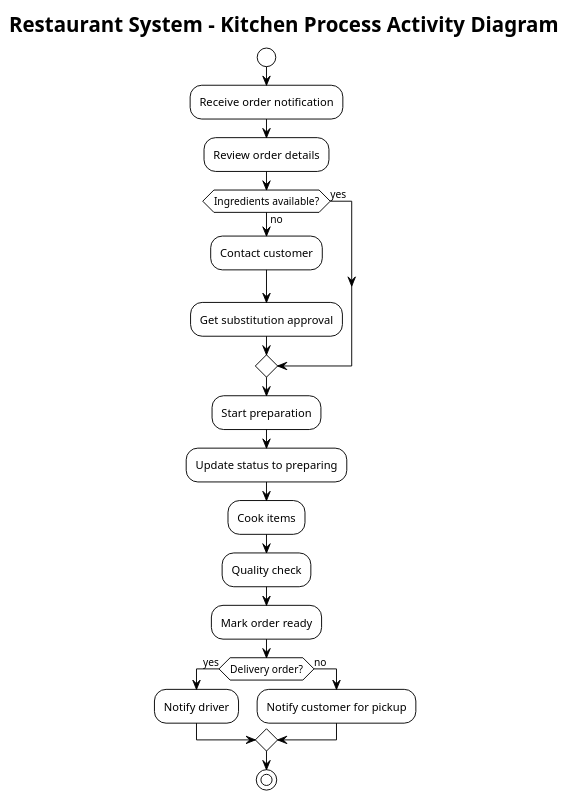
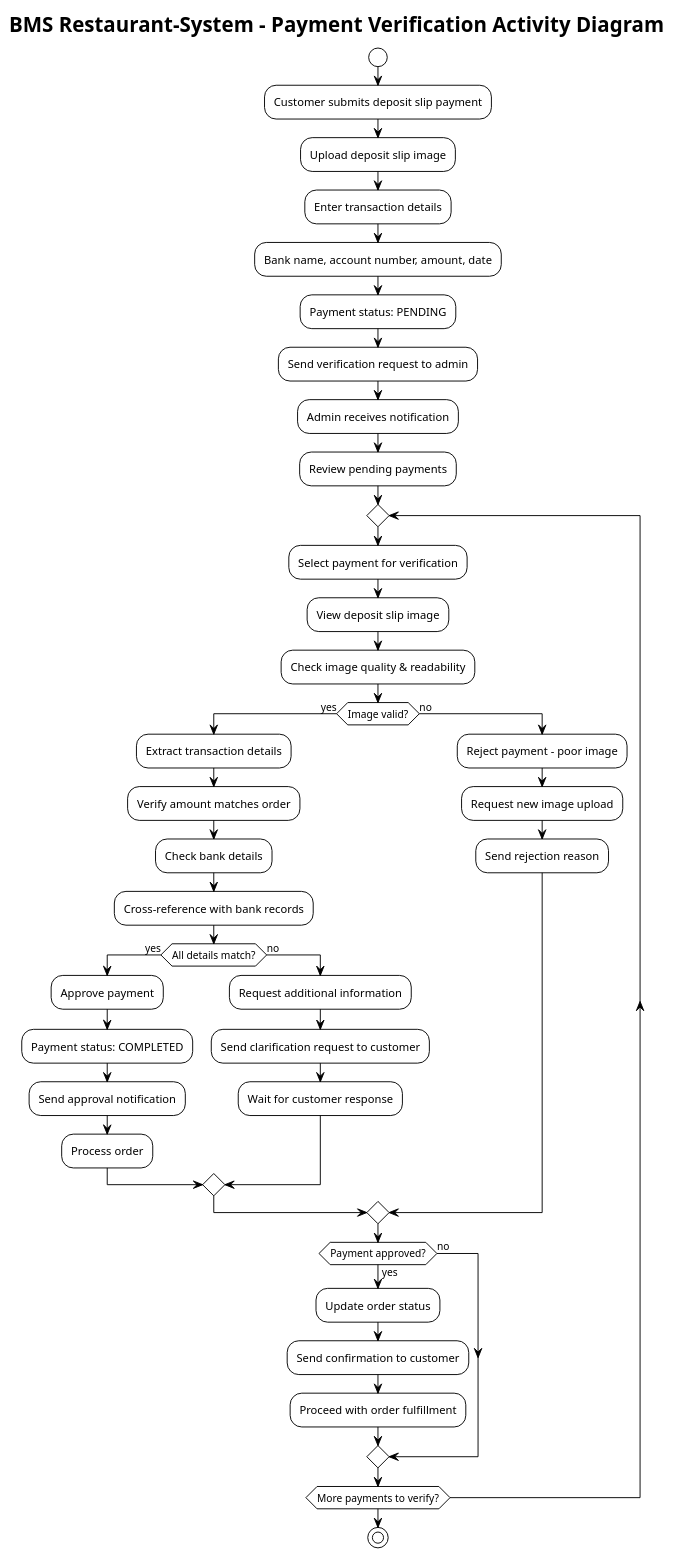
The third of 4 diagrams in Restaurant_System_Activity_Diagrams.puml (Bashitha07/BMS-Restaurant-System), drawn with PlantUML before and after one commit. The commit also changed other lines of this file and 61 other files, not shown here.

First line of the commit message:
Simplify database schema - Remove unnecessary attributes

```diff
--- a/Restaurant_System_Activity_Diagrams.puml
+++ b/Restaurant_System_Activity_Diagrams.puml
@@ -116,30 +205,57 @@
-@startuml Restaurant_Kitchen_Activity
+@startuml Restaurant_Payment_Verification_Activity
 !theme plain
-title Restaurant System - Kitchen Process Activity Diagram
+title BMS Restaurant-System - Payment Verification Activity Diagram
 
 start
 
-:Receive order notification;
-:Review order details;
+:Customer submits deposit slip payment;
 
-if (Ingredients available?) then (no)
-    :Contact customer;
-    :Get substitution approval;
-else (yes)
-endif
+:Upload deposit slip image;
+:Enter transaction details;
+:Bank name, account number, amount, date;
 
-:Start preparation;
-:Update status to preparing;
-:Cook items;
-:Quality check;
-:Mark order ready;
+:Payment status: PENDING;
+:Send verification request to admin;
 
-if (Delivery order?) then (yes)
-    :Notify driver;
-else (no)
-    :Notify customer for pickup;
-endif
+:Admin receives notification;
+:Review pending payments;
+
+repeat
+    :Select payment for verification;
+    :View deposit slip image;
+    :Check image quality & readability;
+
+    if (Image valid?) then (yes)
+        :Extract transaction details;
+        :Verify amount matches order;
+        :Check bank details;
+        :Cross-reference with bank records;
+
+        if (All details match?) then (yes)
+            :Approve payment;
+            :Payment status: COMPLETED;
+            :Send approval notification;
+            :Process order;
+        else (no)
+            :Request additional information;
+            :Send clarification request to customer;
+            :Wait for customer response;
+        endif
+    else (no)
+        :Reject payment - poor image;
+        :Request new image upload;
+        :Send rejection reason;
+    endif
+
+    if (Payment approved?) then (yes)
+        :Update order status;
+        :Send confirmation to customer;
+        :Proceed with order fulfillment;
+    else (no)
+    endif
+
+repeat while (More payments to verify?)
 
 stop
 
 @enduml
```
